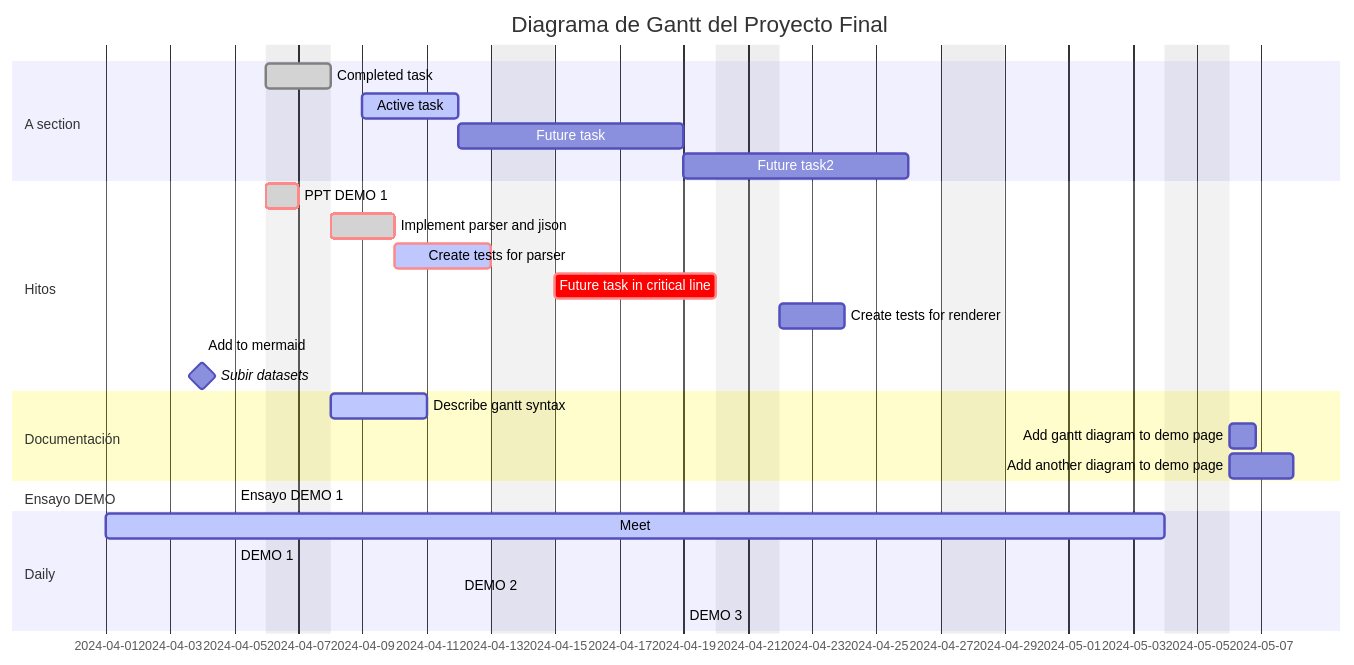
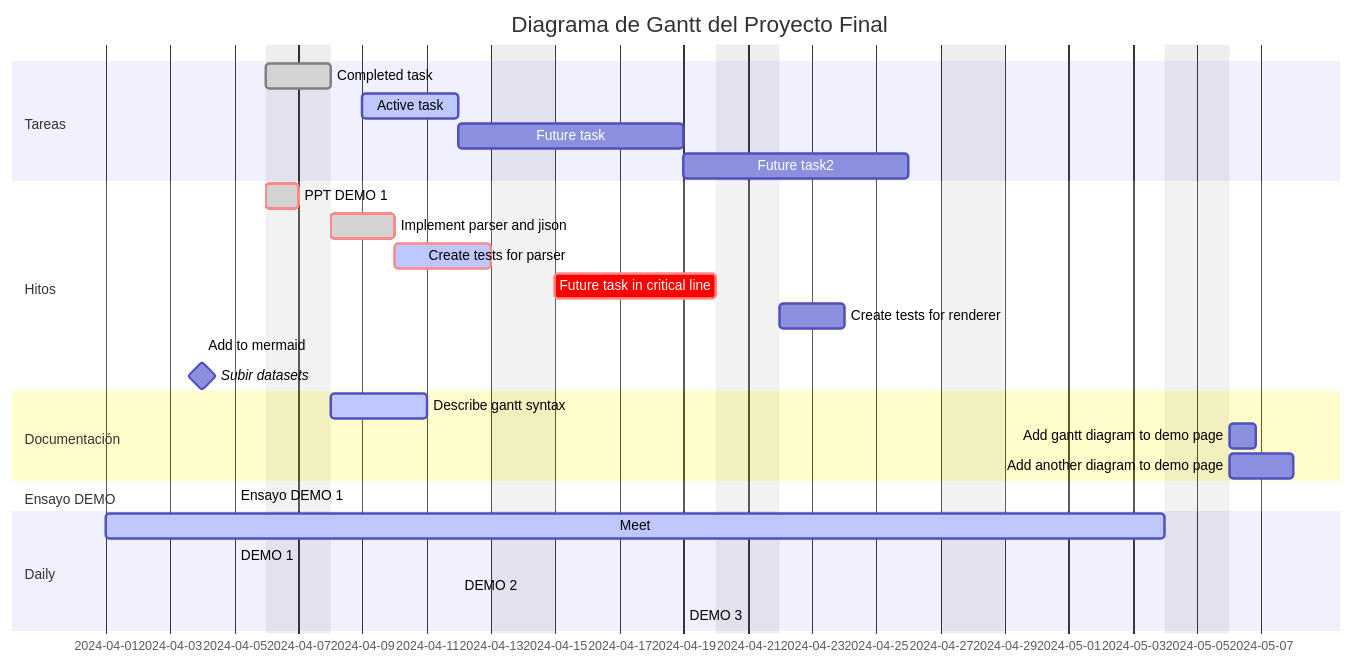
The first of 2 diagrams in README.md (marceloyuba/SDT), drawn with Mermaid before and after one commit.

````diff
--- a/README.md
+++ b/README.md
@@ -7,38 +7,38 @@
 ```mermaid
 gantt
    
     dateFormat  YYYY-MM-DD
     title       Diagrama de Gantt del Proyecto Final
     excludes    weekends
     %% (`excludes` accepts specific dates in YYYY-MM-DD format, days of the week ("sunday") or "weekends", but not the word "weekdays".)
 
-    section A section
+    section Tareas
     Completed task            :done,    des1, 2024-04-06,2024-04-08
     Active task               :active,  des2, 2024-04-09, 3d
     Future task               :         des3, after des2, 5d
     Future task2              :         des4, after des3, 5d
 
     section Hitos
     PPT DEMO 1                          :crit, done, 2024-04-06,24h
     Implement parser and jison          :crit, done, after des1, 2d
     Create tests for parser             :crit, active, 3d
     Future task in critical line        :crit, 5d
     Create tests for renderer           :2d
     Add to mermaid                      :until isadded
     Subir datasets                      :milestone, isadded, 2024-04-04, 0d
 
     section Documentación
     Describe gantt syntax               :active, a1, after des1, 3d
     Add gantt diagram to demo page      :after a1  , 20h
     Add another diagram to demo page    :doc1, after a1  , 48h
 
     section Ensayo DEMO
     Ensayo DEMO 1                       :done, after 2024-04-05, 0d
 
     section Daily
     Meet                               :active, a1, 2024-04-01, 25d
     DEMO 1                             :after a1, 2024-04-05, 0d
     DEMO 2                             :after Meet, 2024-04-12, 0d
     DEMO 3                             :after DEMO 2, 2024-04-19, 0d
 
 ```
````
